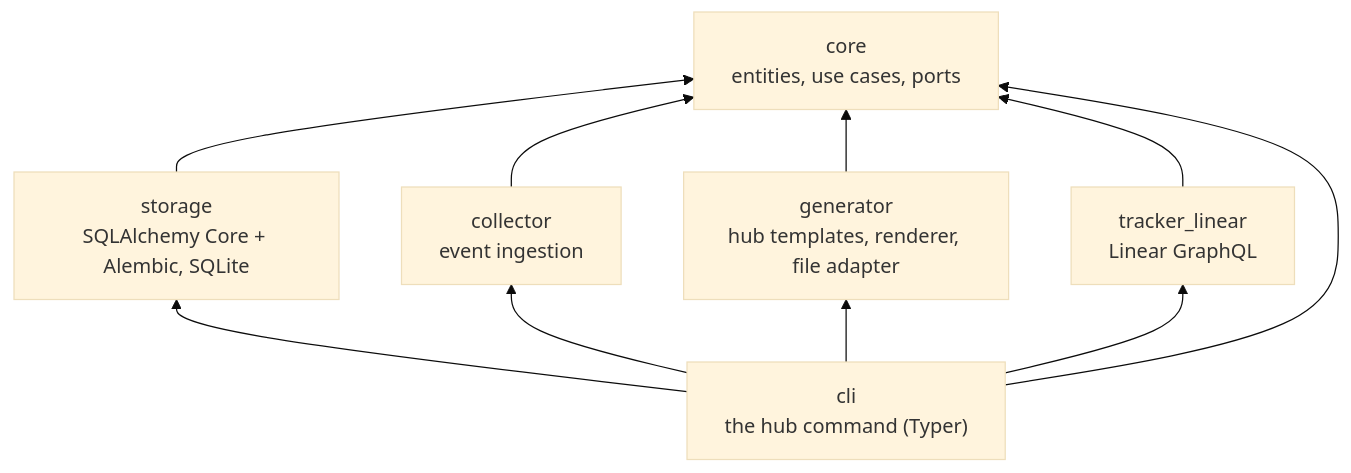
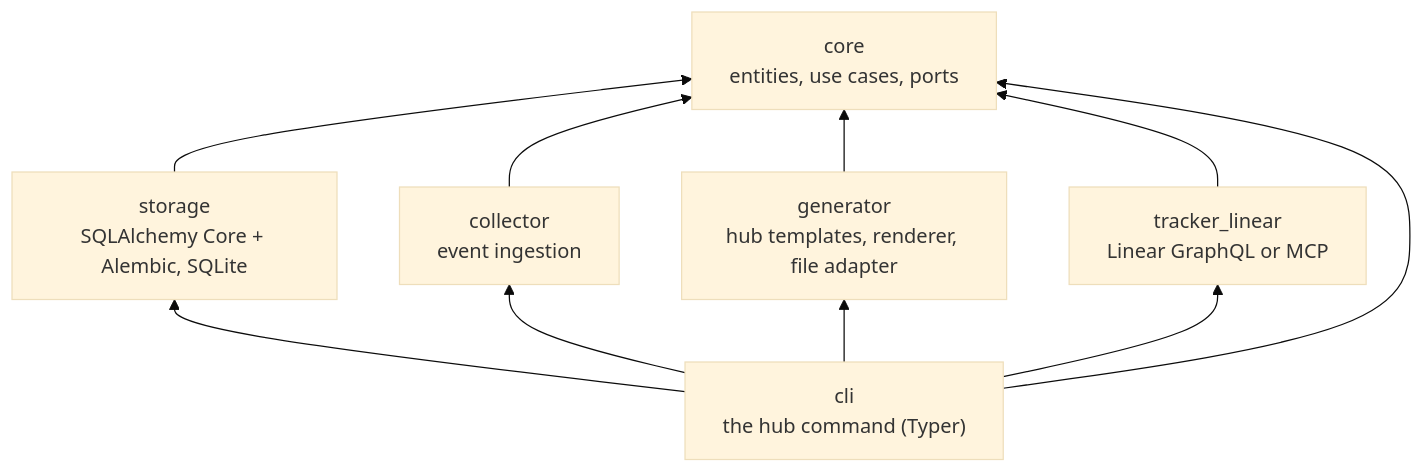
Before and after one commit to jroquette/agent-hub: the third of 3 diagrams in README.md, drawn with Mermaid (base theme). The commit also changed other lines of this file and 13 other files, not shown here.

````diff
--- a/README.md
+++ b/README.md
@@ -665,12 +687,12 @@
 ```mermaid
 flowchart BT
   storage["storage<br/>SQLAlchemy Core + Alembic, SQLite"] --> core["core<br/>entities, use cases, ports"]
   collector["collector<br/>event ingestion"] --> core
   generator["generator<br/>hub templates, renderer, file adapter"] --> core
-  tracker["tracker_linear<br/>Linear GraphQL"] --> core
+  tracker["tracker_linear<br/>Linear GraphQL or MCP"] --> core
   cli["cli<br/>the hub command (Typer)"] --> core
   cli --> storage
   cli --> collector
   cli --> generator
   cli --> tracker
 ```
````
